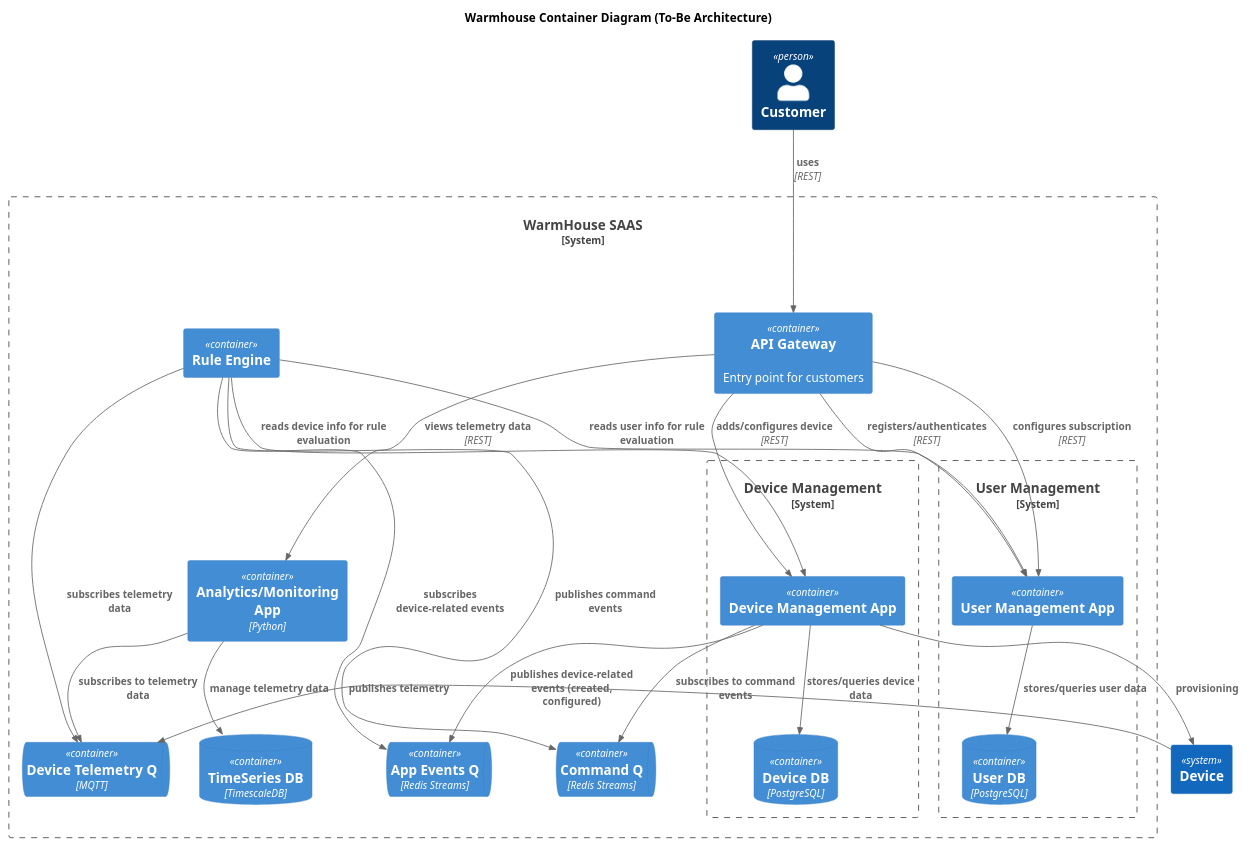
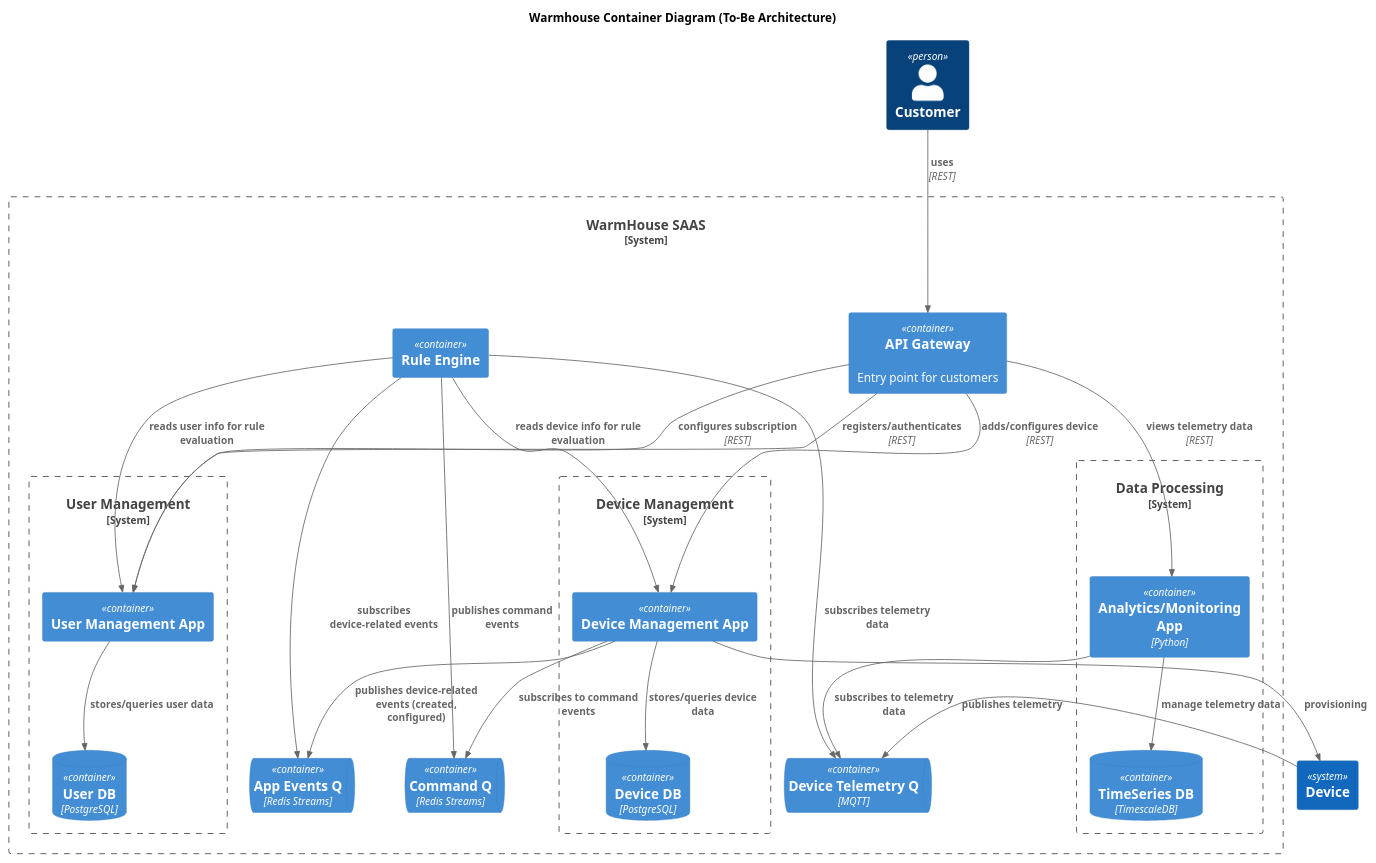
The diagram in schemas/to_be/warmhouse_container_to_be.puml (Upforup/architecture-pro-warmhouse), drawn with PlantUML before and after one commit.

```diff
--- a/schemas/to_be/warmhouse_container_to_be.puml
+++ b/schemas/to_be/warmhouse_container_to_be.puml
@@ -1,56 +1,57 @@
 @startuml warmhouse_container_to_be
 title Warmhouse Container Diagram (To-Be Architecture)
 
 top to bottom direction
 
 !include <C4/C4_Container>
 
 Person(user, "Customer", "")
 System(device, "Device")
 
 System_Boundary(wh, "WarmHouse SAAS") {
     Container(api, "API Gateway", "", "Entry point for customers")
  
     System_Boundary(u, "User Management") {
         Container(usersApp, "User Management App", "", "")
         ContainerDb(usersDB, "User DB", "PostgreSQL")
     }
     System_Boundary(d, "Device Management") {
         Container(devMgmtApp, "Device Management App", "", "")
         ContainerDb(devMgmtDB, "Device DB", "PostgreSQL")
     }
-    
+    System_Boundary(m, "Data Processing") {
+        Container(monitoringApp, "Analytics/Monitoring App", "Python", "")
+        ContainerDb(telemetryDB, "TimeSeries DB", "TimescaleDB")
+    }
+
+    Container(rulesEngineApp, "Rule Engine", "", "")
     ContainerQueue(deviceTelemetryQ, "Device Telemetry Q", "MQTT", "")
     ContainerQueue(appEventsQ, "App Events Q", "Redis Streams")
     ContainerQueue(commandQ, "Command Q", "Redis Streams")
-    Container(rulesEngineApp, "Rule Engine", "", "")
-    Container(monitoringApp, "Analytics/Monitoring App", "Python", "")
-    ContainerDb(telemetryDB, "TimeSeries DB", "TimescaleDB")
-
 }
 
 Rel(user, api, "uses", "REST")
 Rel(device, deviceTelemetryQ, "publishes telemetry")
 Rel(api, usersApp, "registers/authenticates", "REST")
 Rel(api, devMgmtApp, "adds/configures device", "REST")
 Rel(api, usersApp, "configures subscription", "REST")
 Rel(api, monitoringApp, "views telemetry data", "REST")
 
 Rel(devMgmtApp, device, "provisioning", "")
 
 Rel(devMgmtApp, devMgmtDB, "stores/queries device data")
 Rel(usersApp, usersDB, "stores/queries user data")
 
 Rel(devMgmtApp, appEventsQ, "publishes device-related events (created, configured)", "")
 Rel(rulesEngineApp, appEventsQ, "subscribes device-related events", "")
 Rel(rulesEngineApp, commandQ, "publishes command events", "")
 Rel(rulesEngineApp, devMgmtApp, "reads device info for rule evaluation", "")
 Rel(rulesEngineApp, usersApp, "reads user info for rule evaluation", "")
 
 Rel(devMgmtApp, commandQ, "subscribes to command events")
 Rel(rulesEngineApp, deviceTelemetryQ, "subscribes telemetry data")
 
 Rel(monitoringApp, deviceTelemetryQ, "subscribes to telemetry data")
 Rel(monitoringApp, telemetryDB, "manage telemetry data")
 
 @enduml
```
